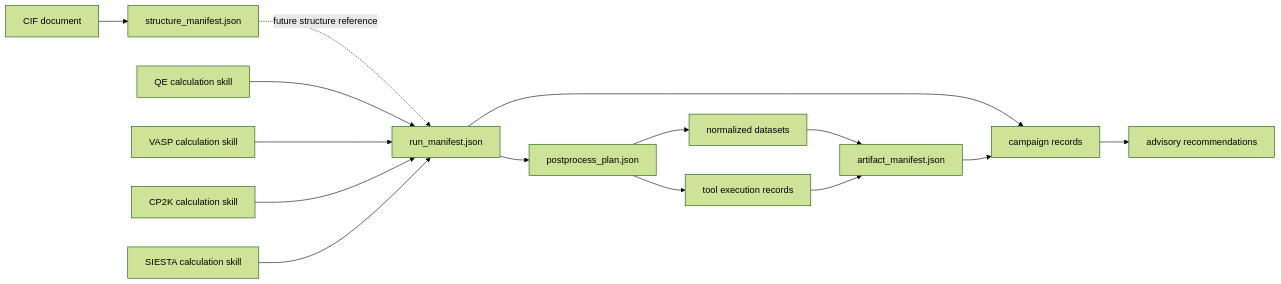
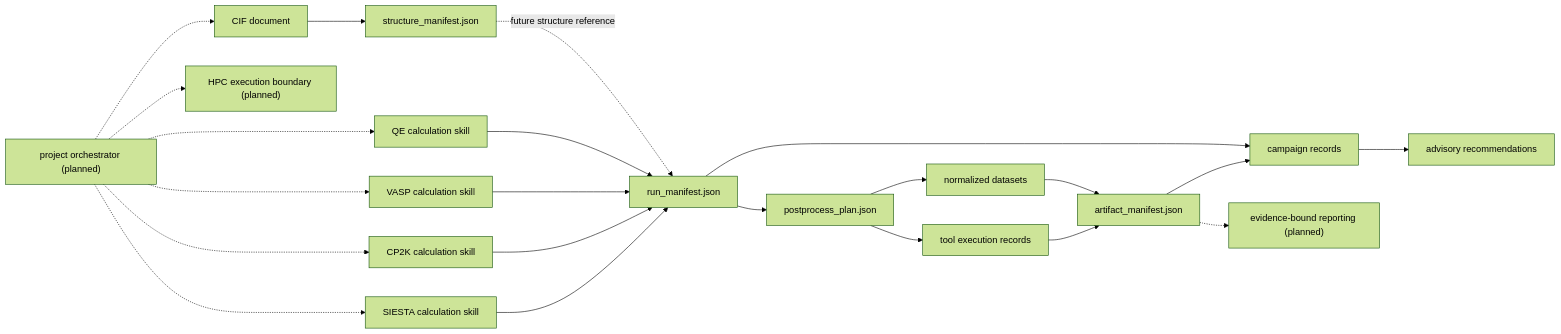
The diagram in docs/integration-and-extension-plan.md (Maxwell3919/Vibe-DFT-Skills), drawn with Mermaid (forest theme) before and after one commit. The commit also changed other lines of this file and 556 other files, not shown here.

````diff
--- a/docs/integration-and-extension-plan.md
+++ b/docs/integration-and-extension-plan.md
@@ -7,17 +7,24 @@
 ```mermaid
 flowchart LR
+    ORCH["project orchestrator (planned)"] -.-> CIF
+    ORCH -.-> QE
+    ORCH -.-> VASP
+    ORCH -.-> CP2K
+    ORCH -.-> SIESTA
     CIF["CIF document"] --> STRUCT["structure_manifest.json"]
     STRUCT -.->|future structure reference| RUN
     QE["QE calculation skill"] --> RUN["run_manifest.json"]
     VASP["VASP calculation skill"] --> RUN
     CP2K["CP2K calculation skill"] --> RUN
     SIESTA["SIESTA calculation skill"] --> RUN
     RUN --> PLAN["postprocess_plan.json"]
     PLAN --> DATA["normalized datasets"]
     PLAN --> EXEC["tool execution records"]
     DATA --> ART["artifact_manifest.json"]
     EXEC --> ART
     RUN --> CAMPAIGN["campaign records"]
     ART --> CAMPAIGN
     CAMPAIGN --> REC["advisory recommendations"]
+    ORCH -.-> HPC["HPC execution boundary (planned)"]
+    ART -.-> REPORT["evidence-bound reporting (planned)"]
 ```
````
